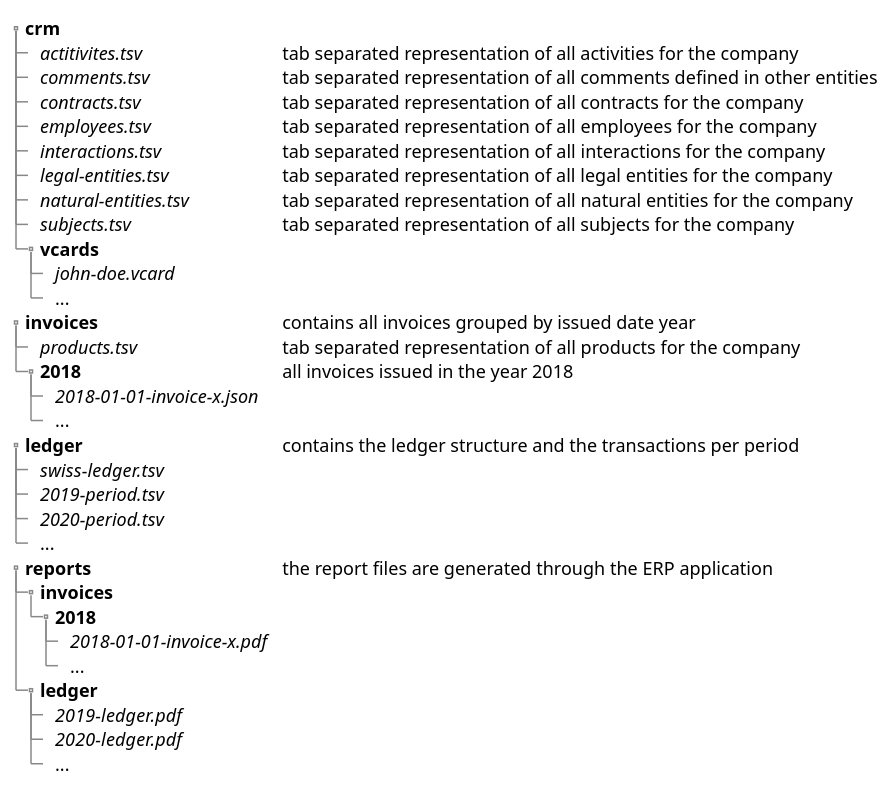
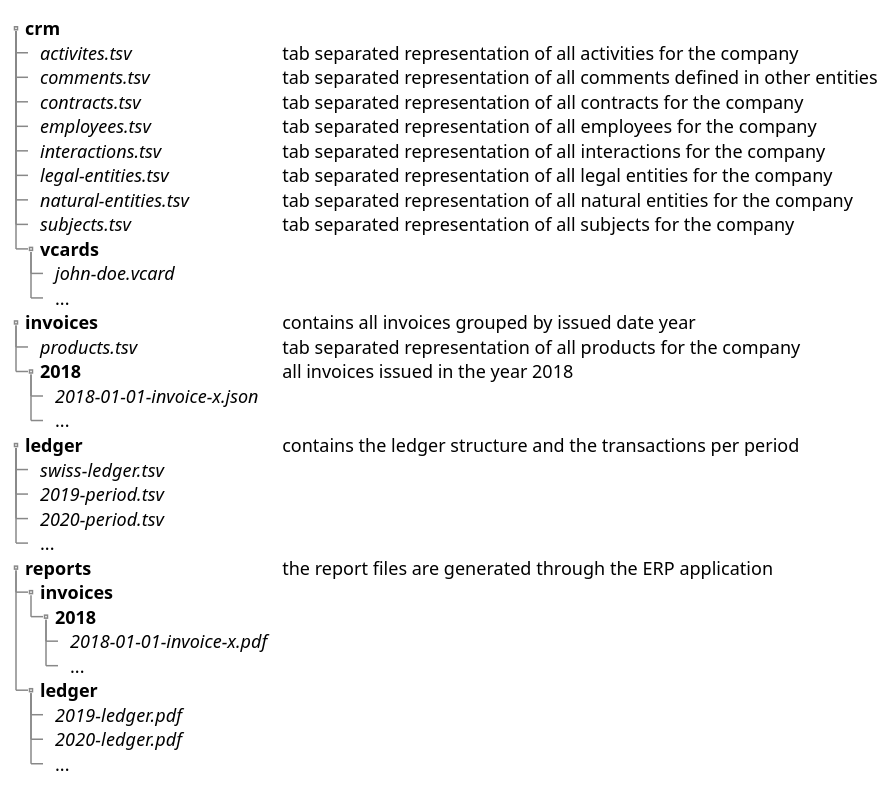
The second of 3 diagrams in net.tangly.ui/src/site/design.adoc (tangly-team/tangly-os), drawn with PlantUML before and after one commit. The commit also changed other lines of this file and 118 other files, not shown here.

```diff
--- a/net.tangly.ui/src/site/design.adoc
+++ b/net.tangly.ui/src/site/design.adoc
@@ -64,41 +64,41 @@
-[plantuml, folder-structure-erp, svg]
+[plantuml,folder-structure-erp,svg]
 ....
 @startuml
     salt
     {
         {T
         + **crm**
-        ++ //actitivites.tsv//       | tab separated representation of all activities for the company
+        ++ //activites.tsv//       | tab separated representation of all activities for the company
         ++ //comments.tsv//          | tab separated representation of all comments defined in other entities
         ++ //contracts.tsv//         | tab separated representation of all contracts for the company
         ++ //employees.tsv//         | tab separated representation of all employees for the company
         ++ //interactions.tsv//      | tab separated representation of all interactions for the company
         ++ //legal-entities.tsv//    | tab separated representation of all legal entities for the company
         ++ //natural-entities.tsv//  | tab separated representation of all natural entities for the company
         ++ //subjects.tsv//          | tab separated representation of all subjects for the company
         ++ **vcards**
         +++ //john-doe.vcard//
         +++ ...
         + **invoices**               | contains all invoices grouped by issued date year
         ++ //products.tsv//          | tab separated representation of all products for the company
         ++ **2018**                  | all invoices issued in the year 2018
         +++ //2018-01-01-invoice-x.json//
         +++ ...
         + **ledger**                | contains the ledger structure and the transactions per period
         ++ //swiss-ledger.tsv//
         ++ //2019-period.tsv//
         ++ //2020-period.tsv//
         ++ ...
         + **reports**               | the report files are generated through the ERP application
         ++ **invoices**
         +++ **2018**
         ++++ //2018-01-01-invoice-x.pdf//
         ++++ ...
         ++ **ledger**
         +++ //2019-ledger.pdf//
         +++ //2020-ledger.pdf//
         +++ ...
         }
     }
 @enduml
 ....
```
